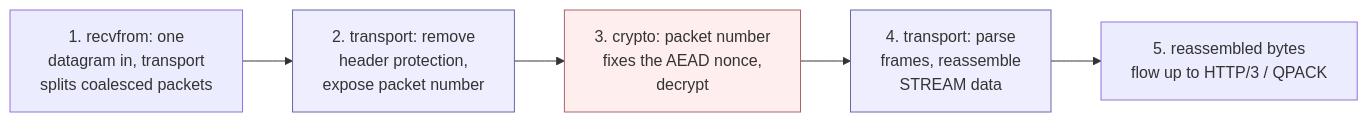
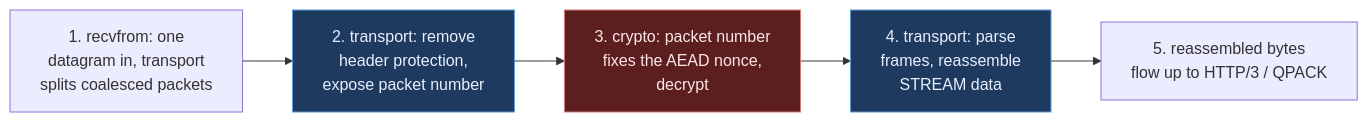
The fourth of 7 diagrams in docs/arch/overview.md (Hakkadaikon/wired), drawn with Mermaid before and after one commit. The commit also changed other lines of this file, not shown here.

First line of the commit message:
docs(arch): switch mermaid node styling to dark fills with light text

````diff
--- a/docs/arch/overview.md
+++ b/docs/arch/overview.md
@@ -96,11 +96,11 @@
 ```mermaid
 flowchart LR
     b1["1. recvfrom: one\ndatagram in, transport\nsplits coalesced packets"] --> b2["2. transport: remove\nheader protection,\nexpose packet number"]
     b2 --> b3["3. crypto: packet number\nfixes the AEAD nonce,\ndecrypt"]
     b3 --> b4["4. transport: parse\nframes, reassemble\nSTREAM data"]
     b4 --> b5["5. reassembled bytes\nflow up to HTTP/3 / QPACK"]
 
-    style b2 fill:#eef,stroke:#66a
-    style b4 fill:#eef,stroke:#66a
-    style b3 fill:#fee,stroke:#a66
+    style b2 fill:#1e3a5f,stroke:#5b9bd5,color:#e8f0fe
+    style b4 fill:#1e3a5f,stroke:#5b9bd5,color:#e8f0fe
+    style b3 fill:#5c1e1e,stroke:#d57a7a,color:#fde8e8
 ```
````
